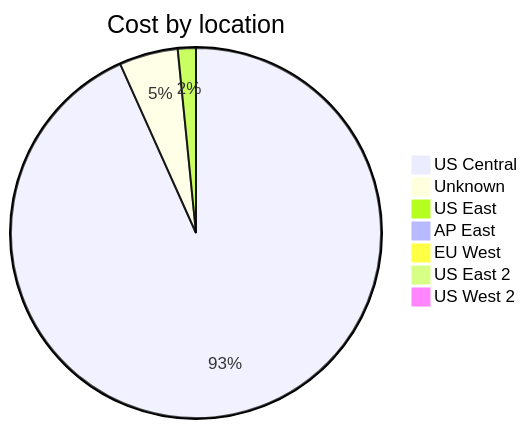
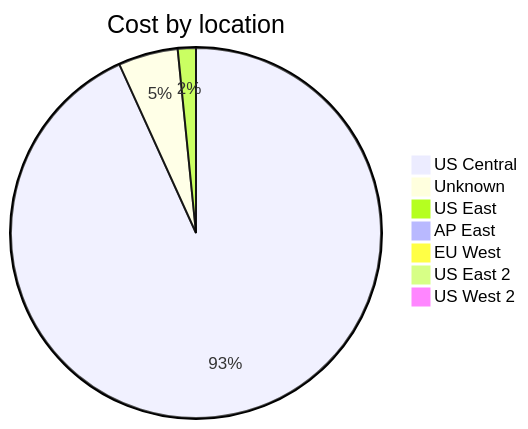
Before and after one commit to jpfulton/azure-personal-reports: the third of 4 diagrams in cost-reports/accumulated-cost.md, drawn with Mermaid. The commit also changed other lines of this file and 4 other files, not shown here.

````diff
--- a/cost-reports/accumulated-cost.md
+++ b/cost-reports/accumulated-cost.md
@@ -121,11 +121,11 @@
 ```mermaid
 pie
    title Cost by location
-   "US Central" : 9.45
-   "Unknown" : 0.52
-   "US East" : 0.16
+   "US Central" : 10.02
+   "Unknown" : 0.56
+   "US East" : 0.17
    "AP East" : 0.00
    "EU West" : 0.00
    "US East 2" : 0.00
    "US West 2" : 0.00
 ```
````
